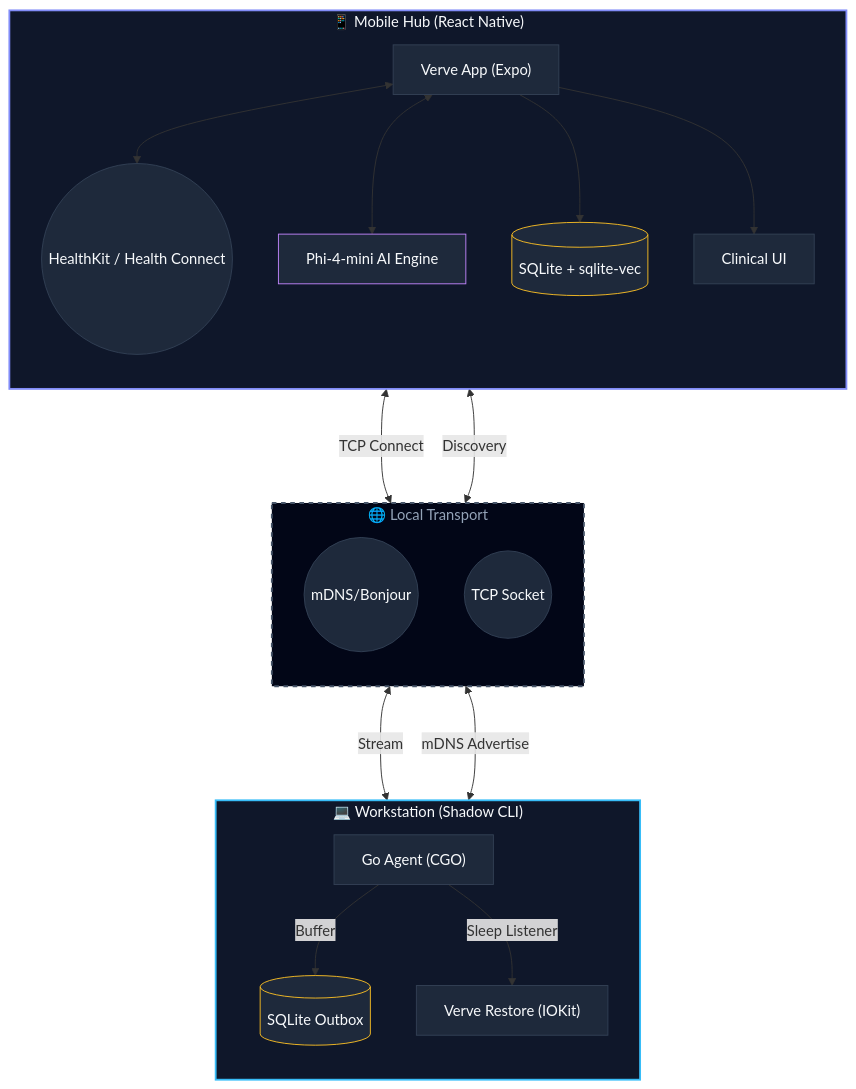
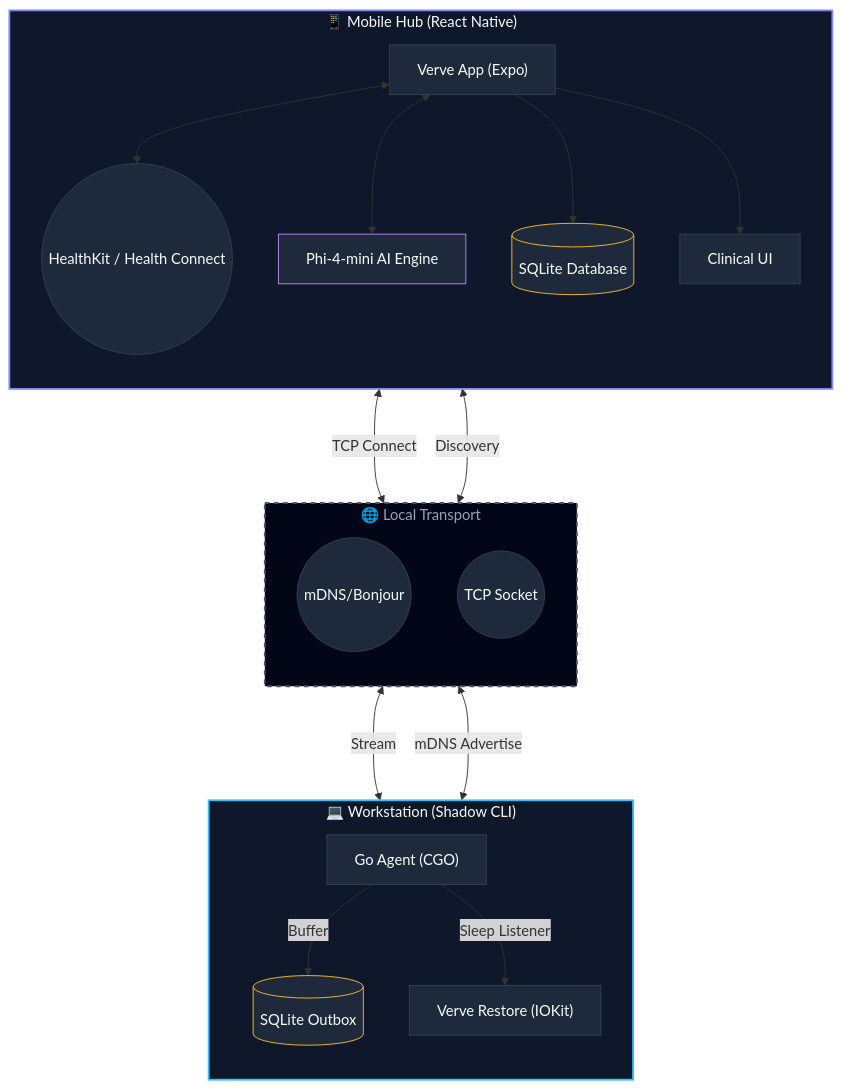
One commit to gyandeeps/verve changed the diagram in README.md. Above: the diagram before and after it, drawn with Mermaid. The commit also changed other lines of this file and 3 other files, not shown here.

````diff
--- a/README.md
+++ b/README.md
@@ -39,52 +38,52 @@
 ```mermaid
 graph TD
     subgraph Workstation ["💻 Workstation (Shadow CLI)"]
         direction TB
         CLI["Go Agent (CGO)"]
         Outbox[("SQLite Outbox")]
         Restore["Verve Restore (IOKit)"]
 
         CLI -->|Buffer| Outbox
         CLI -->|Sleep Listener| Restore
     end
 
     subgraph Transport ["🌐 Local Transport"]
         direction TB
         mDNS((mDNS/Bonjour))
         TCP((TCP Socket))
     end
 
     subgraph MobileHub ["📱 Mobile Hub (React Native)"]
         direction TB
         App["Verve App (Expo)"]
         HK(("HealthKit / Health Connect"))
         AI["Phi-4-mini AI Engine"]
-        Storage[("SQLite + sqlite-vec")]
+        Storage[("SQLite Database")]
         UI["Clinical UI"]
 
         App <--> HK
         App <--> AI
         App --> Storage
         App --> UI
     end
 
     CLI <--->|mDNS Advertise| mDNS
     mDNS <--->|Discovery| App
     App <--->|TCP Connect| TCP
     TCP <--->|Stream| CLI
 
     %% Standard Mermaid styling
     classDef workstation fill:#0f172a,stroke:#38bdf8,stroke-width:2px,color:#f8fafc;
     classDef mobile fill:#0f172a,stroke:#818cf8,stroke-width:2px,color:#f8fafc;
     classDef network fill:#020617,stroke:#475569,stroke-width:2px,color:#94a3b8,stroke-dasharray: 5 5;
     classDef node fill:#1e293b,stroke:#334155,color:#f8fafc;
     classDef database fill:#1e293b,stroke:#fbbf24,color:#f8fafc;
     classDef ai fill:#1e293b,stroke:#c084fc,color:#f8fafc;
 
     class Workstation workstation;
     class MobileHub mobile;
     class Transport network;
     class CLI,Restore,App,UI node;
     class Outbox,Storage database;
     class AI ai;
 ```
````
